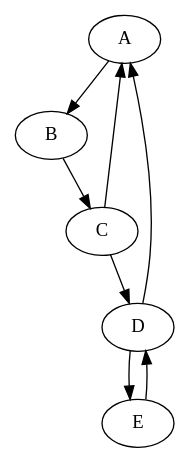
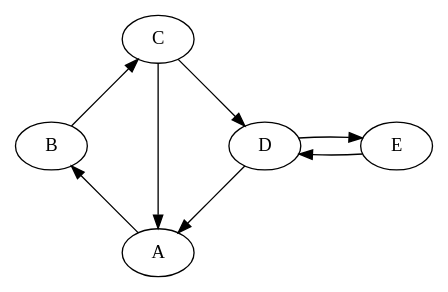
Before and after one commit to davigledson/graph_studies: the diagram in q2_43_fortemente_conexa.dot, drawn with Graphviz. The commit also changed 144 other files, not shown here.

```diff
--- a/q2_43_fortemente_conexa.dot
+++ b/q2_43_fortemente_conexa.dot
@@ -1,11 +1,13 @@
-digraph G {
+digraph G 
+{
+    layout="circo";
     A -> B
     B -> C
     C -> A
     C -> D
     D -> A
     D -> E
     E -> D
 
   
 }
```
